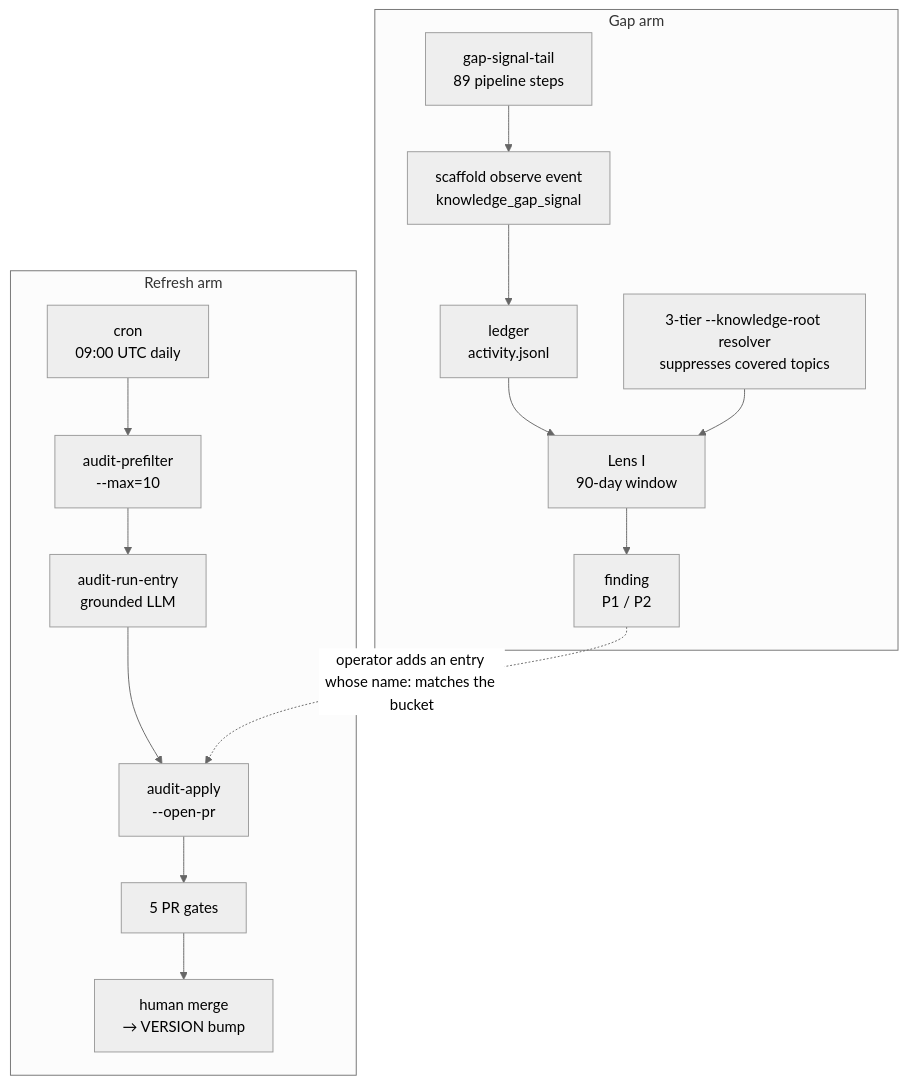
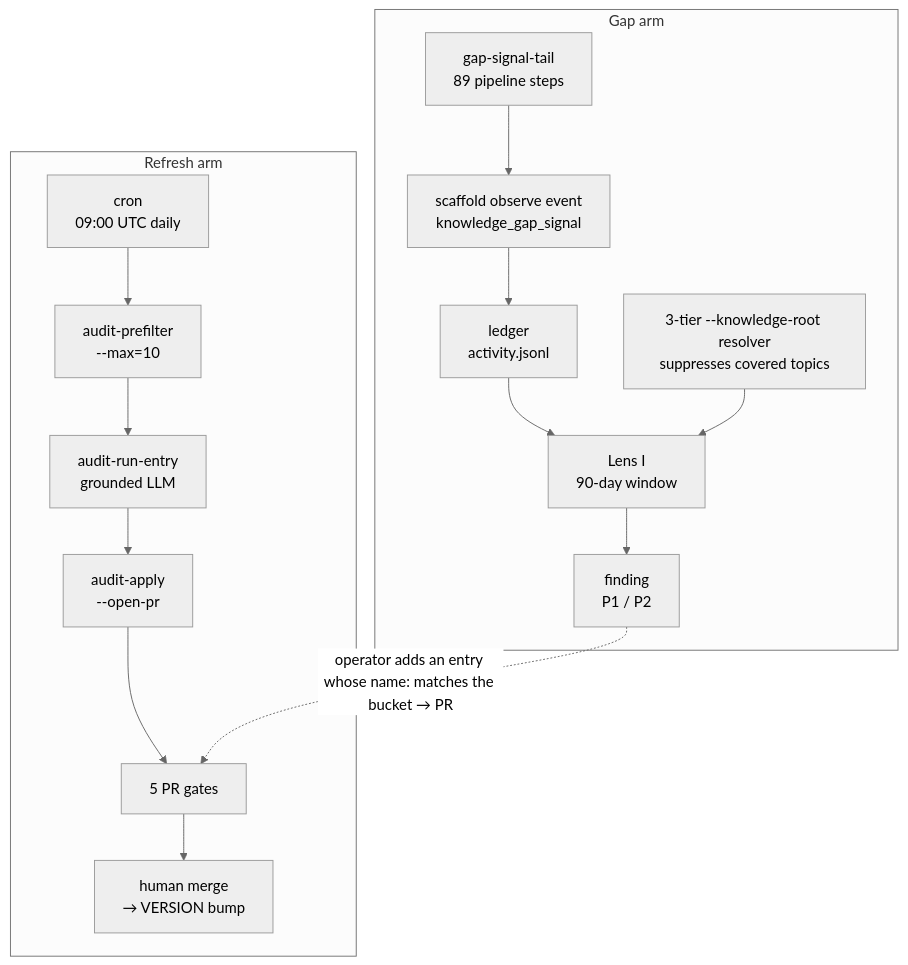
Before and after one commit to zigrivers/scaffold: the diagram in content/guides/knowledge-freshness/index.md, drawn with Mermaid (neutral theme). The commit also changed other lines of this file and 4 other files, not shown here.

````diff
--- a/content/guides/knowledge-freshness/index.md
+++ b/content/guides/knowledge-freshness/index.md
@@ -62,29 +62,29 @@
 ```mermaid
 flowchart TB
   subgraph refresh[Refresh arm]
     CRON["cron
 09:00 UTC daily"] --> PF["audit-prefilter
 --max=10"]
     PF --> RUN["audit-run-entry
 grounded LLM"]
     RUN --> APPLY["audit-apply
 --open-pr"]
     APPLY --> GATES["5 PR gates"]
     GATES --> MERGE["human merge
 → VERSION bump"]
   end
   subgraph gap[Gap arm]
     TAIL["gap-signal-tail
 89 pipeline steps"] --> EVENT["scaffold observe event
 knowledge_gap_signal"]
     EVENT --> LEDGER["ledger
 activity.jsonl"]
     LEDGER --> LENSI["Lens I
 90-day window"]
     LENSI --> FINDING["finding
 P1 / P2"]
     RESOLVER["3-tier --knowledge-root resolver
 suppresses covered topics"] --> LENSI
   end
-  FINDING -.->|operator adds an entry whose name: matches the bucket| APPLY
+  FINDING -.->|operator adds an entry whose name: matches the bucket → PR| GATES
 ```
````
